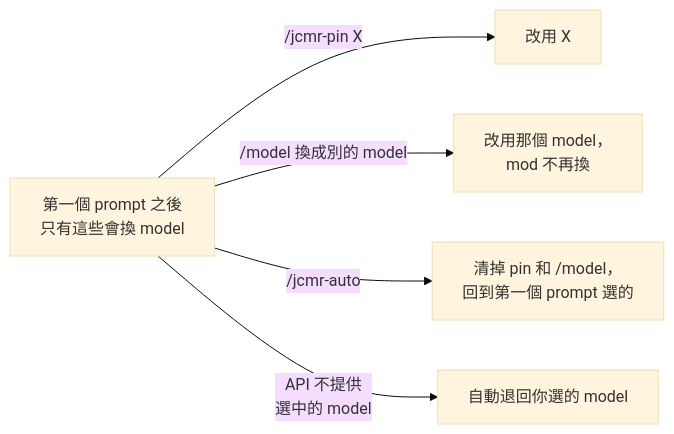
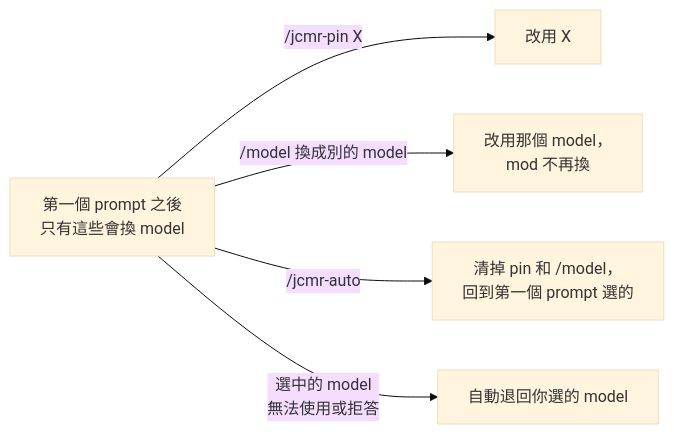
Before and after one commit to KevinYu1580/jcGearbox: the second of 3 diagrams in README.zh-TW.md, drawn with Mermaid (base theme). The commit also changed other lines of this file and 1 other file, not shown here.

First line of the commit message:
docs(readme): 同步 model 與 effort 行為說明

````diff
--- a/README.zh-TW.md
+++ b/README.zh-TW.md
@@ -59,8 +59,8 @@
 ```mermaid
 flowchart LR
     C["第一個 prompt 之後<br/>只有這些會換 model"]
     C -->|"/jcmr-pin X"| X["改用 X"]
     C -->|"/model 換成別的 model"| U["改用那個 model，<br/>mod 不再換"]
     C -->|"/jcmr-auto"| A["清掉 pin 和 /model，<br/>回到第一個 prompt 選的"]
-    C -->|"API 不提供<br/>選中的 model"| S["自動退回你選的 model"]
+    C -->|"選中的 model<br/>無法使用或拒答"| S["自動退回你選的 model"]
 ```
````
